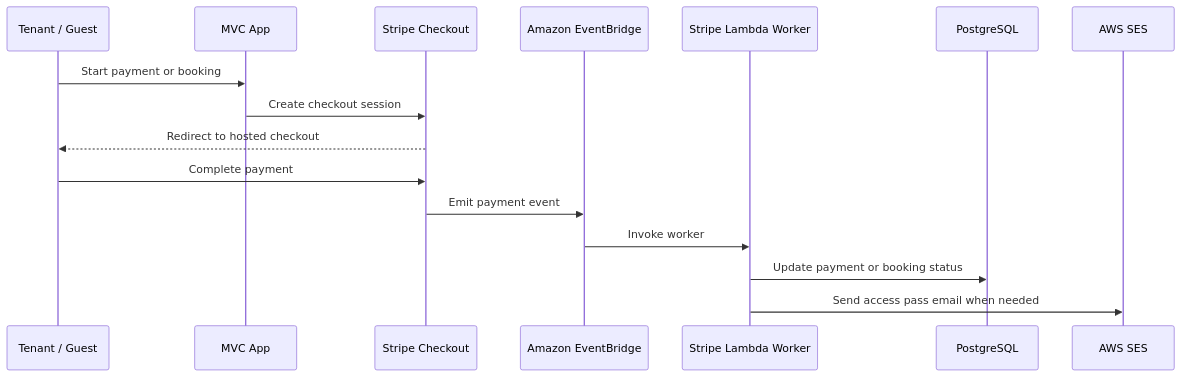
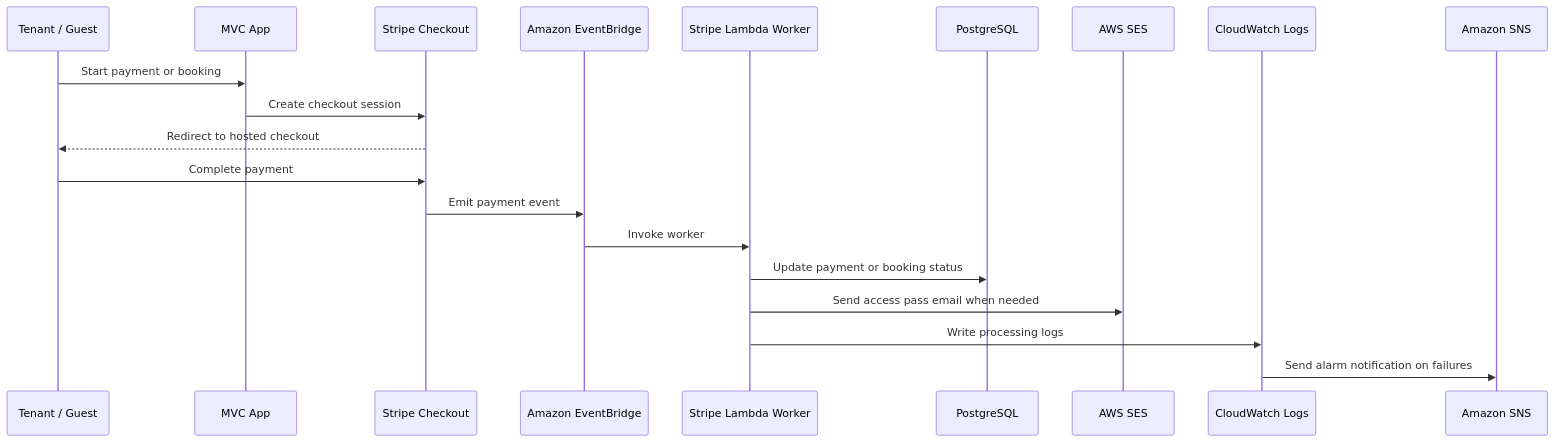
Before and after one commit to kairui1012/SuperNiubi_AWS_PROJECT: the second of 3 diagrams in docs/project-structure-presentation.md, drawn with Mermaid. The commit also changed other lines of this file and 9 other files, not shown here.

````diff
--- a/docs/project-structure-presentation.md
+++ b/docs/project-structure-presentation.md
@@ -861,19 +976,23 @@
 ```mermaid
 sequenceDiagram
     participant TenantOrGuest as Tenant / Guest
     participant MVC as MVC App
     participant Stripe as Stripe Checkout
     participant EventBridge as Amazon EventBridge
     participant Lambda as Stripe Lambda Worker
     participant DB as PostgreSQL
     participant SES as AWS SES
+    participant CloudWatch as CloudWatch Logs
+    participant SNS as Amazon SNS
 
     TenantOrGuest->>MVC: Start payment or booking
     MVC->>Stripe: Create checkout session
     Stripe-->>TenantOrGuest: Redirect to hosted checkout
     TenantOrGuest->>Stripe: Complete payment
     Stripe->>EventBridge: Emit payment event
     EventBridge->>Lambda: Invoke worker
     Lambda->>DB: Update payment or booking status
     Lambda->>SES: Send access pass email when needed
+    Lambda->>CloudWatch: Write processing logs
+    CloudWatch->>SNS: Send alarm notification on failures
 ```
````
